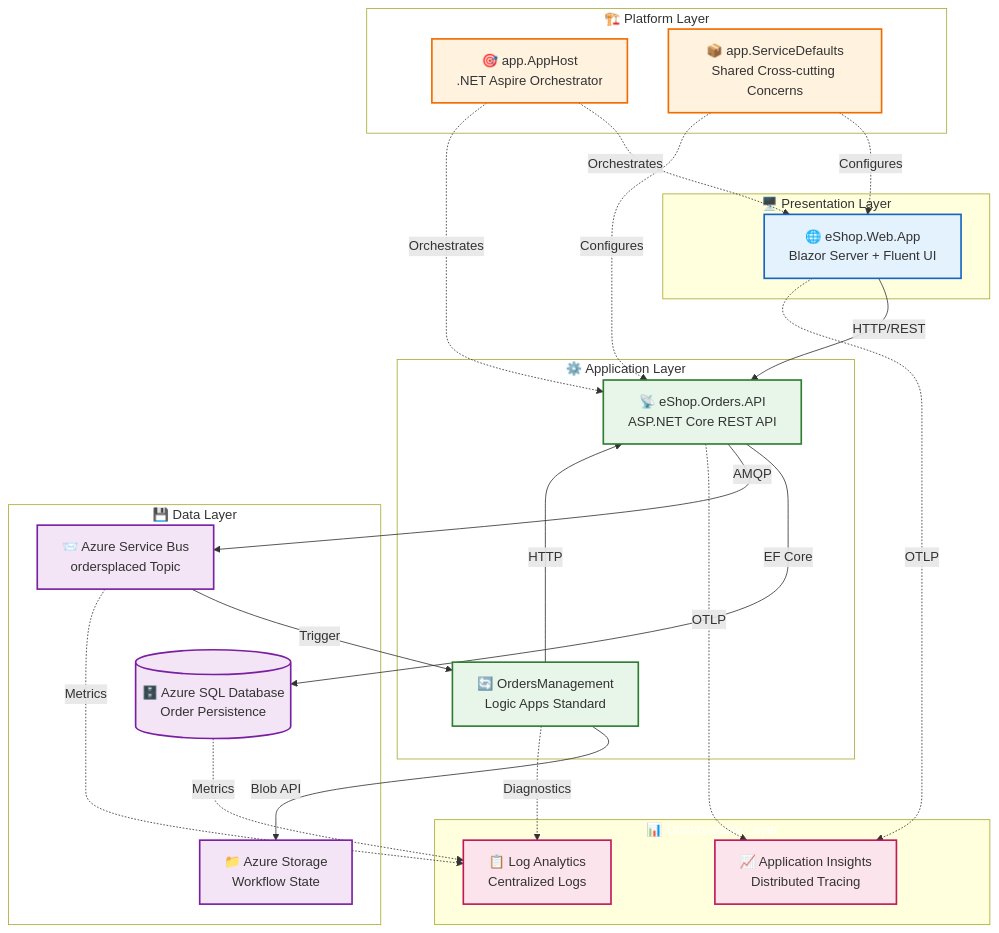
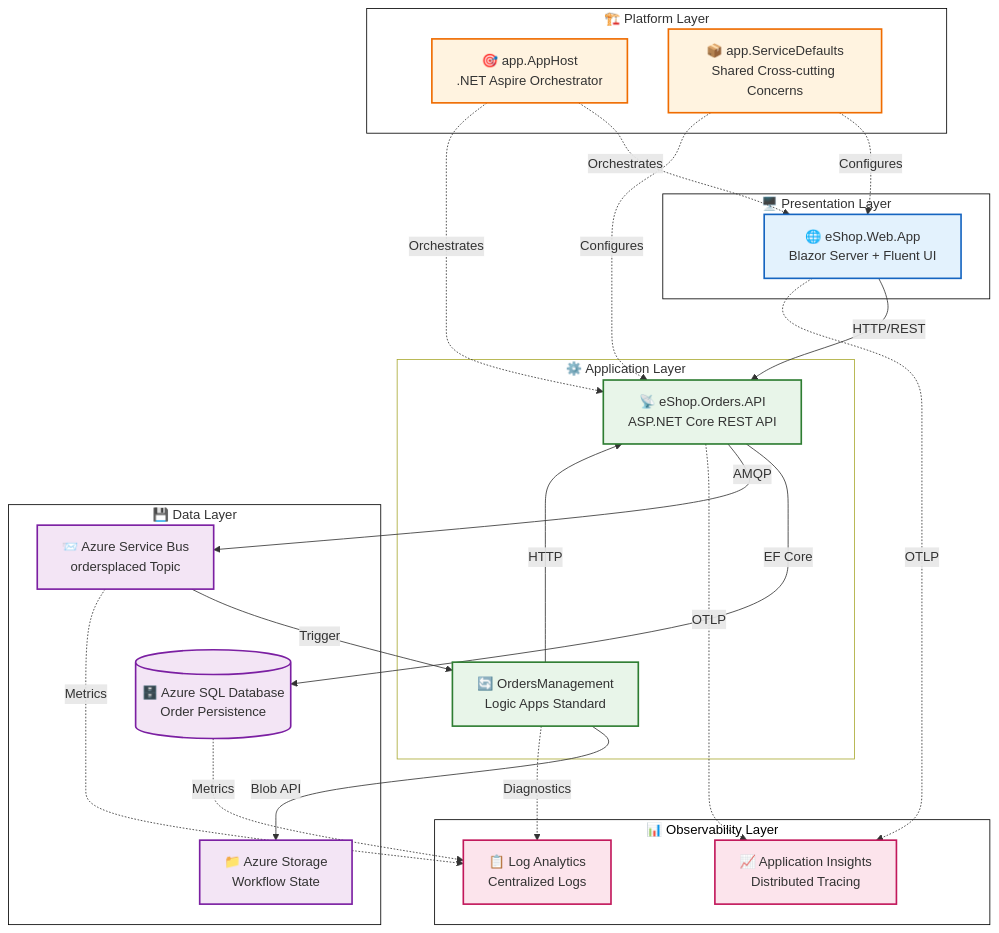
One commit to Evilazaro/Azure-LogicApps-Monitoring changed the diagram in docs/architecture/README.md. Above: the diagram before and after it, drawn with Mermaid.

Commit message:
Update styles for architecture diagram in README

````diff
--- a/docs/architecture/README.md
+++ b/docs/architecture/README.md
@@ -24,56 +24,57 @@
 ```mermaid
 flowchart TB
  subgraph Presentation["🖥️ Presentation Layer"]
         WebApp["🌐 eShop.Web.App<br>Blazor Server + Fluent UI"]
   end
  subgraph Application["⚙️ Application Layer"]
         API["📡 eShop.Orders.API<br>ASP.NET Core REST API"]
         LogicApp["🔄 OrdersManagement<br>Logic Apps Standard"]
   end
  subgraph Platform["🏗️ Platform Layer"]
         Aspire["🎯 app.AppHost<br>.NET Aspire Orchestrator"]
         Defaults["📦 app.ServiceDefaults<br>Shared Cross-cutting Concerns"]
   end
  subgraph Data["💾 Data Layer"]
         SQL[("🗄️ Azure SQL Database<br>Order Persistence")]
         ServiceBus["📨 Azure Service Bus<br>ordersplaced Topic"]
         Storage["📁 Azure Storage<br>Workflow State"]
   end
  subgraph Observability["📊 Observability Layer"]
         AppInsights["📈 Application Insights<br>Distributed Tracing"]
         LogAnalytics["📋 Log Analytics<br>Centralized Logs"]
   end
     WebApp -- HTTP/REST --> API
     API -- EF Core --> SQL
     API -- AMQP --> ServiceBus
     ServiceBus -- Trigger --> LogicApp
     LogicApp -- HTTP --> API
     LogicApp -- Blob API --> Storage
     Aspire -. Orchestrates .-> WebApp & API
     Defaults -. Configures .-> WebApp & API
     WebApp -. OTLP .-> AppInsights
     API -. OTLP .-> AppInsights
     LogicApp -. Diagnostics .-> LogAnalytics
     SQL -. Metrics .-> LogAnalytics
     ServiceBus -. Metrics .-> LogAnalytics
 
      WebApp:::presentation
      API:::application
      LogicApp:::application
      Aspire:::platform
      Defaults:::platform
      SQL:::data
      ServiceBus:::data
      Storage:::data
      AppInsights:::observability
      LogAnalytics:::observability
     classDef presentation fill:#e3f2fd,stroke:#1565c0,stroke-width:2px
     classDef application fill:#e8f5e9,stroke:#2e7d32,stroke-width:2px
     classDef platform fill:#fff3e0,stroke:#ef6c00,stroke-width:2px
     classDef data fill:#f3e5f5,stroke:#7b1fa2,stroke-width:2px
     classDef observability fill:#fce4ec,stroke:#c2185b,stroke-width:2px
-    style Data fill:#FFFFFF
-    style Platform fill:#FFFFFF
+    style Data fill:#FFFFFF,stroke:#000000
+    style Platform fill:#FFFFFF,stroke:#000000
     style Application fill:#FFFFFF
-    style Observability color:#FFFFFF
+    style Observability color:#000000,fill:#FFFFFF,stroke:#000000
+    style Presentation stroke:#000000,fill:#FFFFFF
 ```
````
